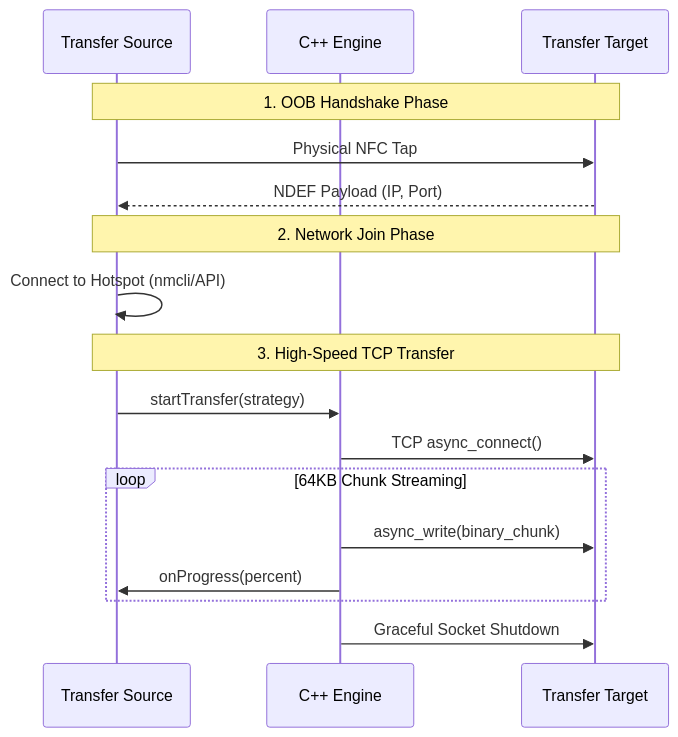
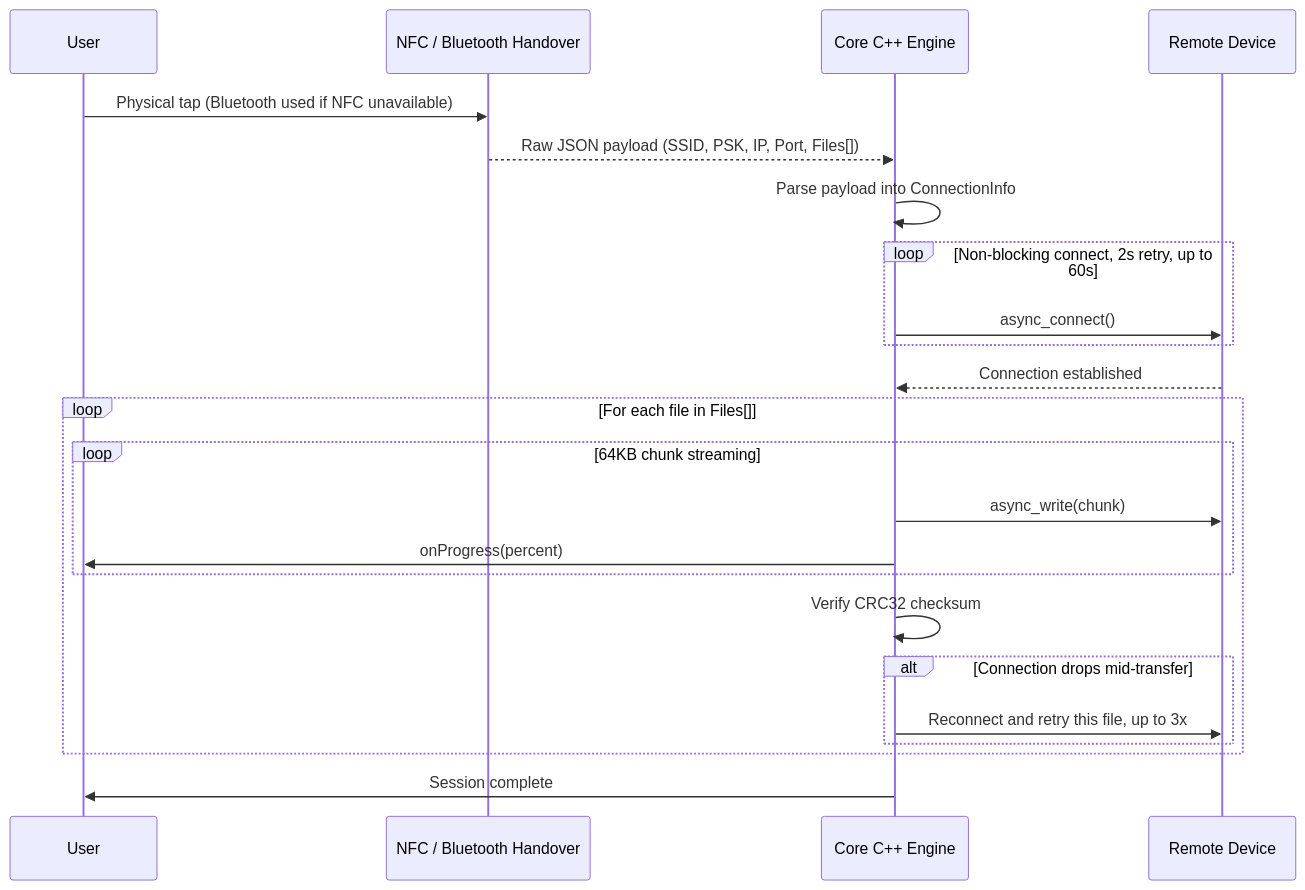
One commit to nilay007hckkr/Anyshare changed the diagram in README.md. Above: the diagram before and after it, drawn with Mermaid. The commit also changed other lines of this file, not shown here.

Commit message:
Update README: fix payload spec, workflow diagram, and build instructions for multi-file/checksum architecture

````diff
--- a/README.md
+++ b/README.md
@@ -87,22 +89,29 @@
 ```mermaid
 sequenceDiagram
-    participant Source as Transfer Source
-    participant Engine as C++ Engine
-    participant Target as Transfer Target
+    participant U as User
+    participant H as NFC / Bluetooth Handover
+    participant Engine as Core C++ Engine
+    participant Target as Remote Device
 
-    Note over Source,Target: 1. OOB Handshake Phase
-    Source->>Target: Physical NFC Tap
-    Target-->>Source: NDEF Payload (IP, Port)
-    
-    Note over Source,Target: 2. Network Join Phase
-    Source->>Source: Connect to Hotspot (nmcli/API)
-    
-    Note over Source,Target: 3. High-Speed TCP Transfer
-    Source->>Engine: startTransfer(strategy)
-    Engine->>Target: TCP async_connect()
-    loop 64KB Chunk Streaming
-        Engine->>Target: async_write(binary_chunk)
-        Engine->>Source: onProgress(percent)
+    U->>H: Physical tap (Bluetooth used if NFC unavailable)
+    H-->>Engine: Raw JSON payload (SSID, PSK, IP, Port, Files[])
+    Engine->>Engine: Parse payload into ConnectionInfo
+
+    loop Non-blocking connect, 2s retry, up to 60s
+        Engine->>Target: async_connect()
     end
-    Engine->>Target: Graceful Socket Shutdown
+    Target-->>Engine: Connection established
+
+    loop For each file in Files[]
+        loop 64KB chunk streaming
+            Engine->>Target: async_write(chunk)
+            Engine->>U: onProgress(percent)
+        end
+        Engine->>Engine: Verify CRC32 checksum
+        alt Connection drops mid-transfer
+            Engine->>Target: Reconnect and retry this file, up to 3x
+        end
+    end
+
+    Engine->>U: Session complete
 ```
````
